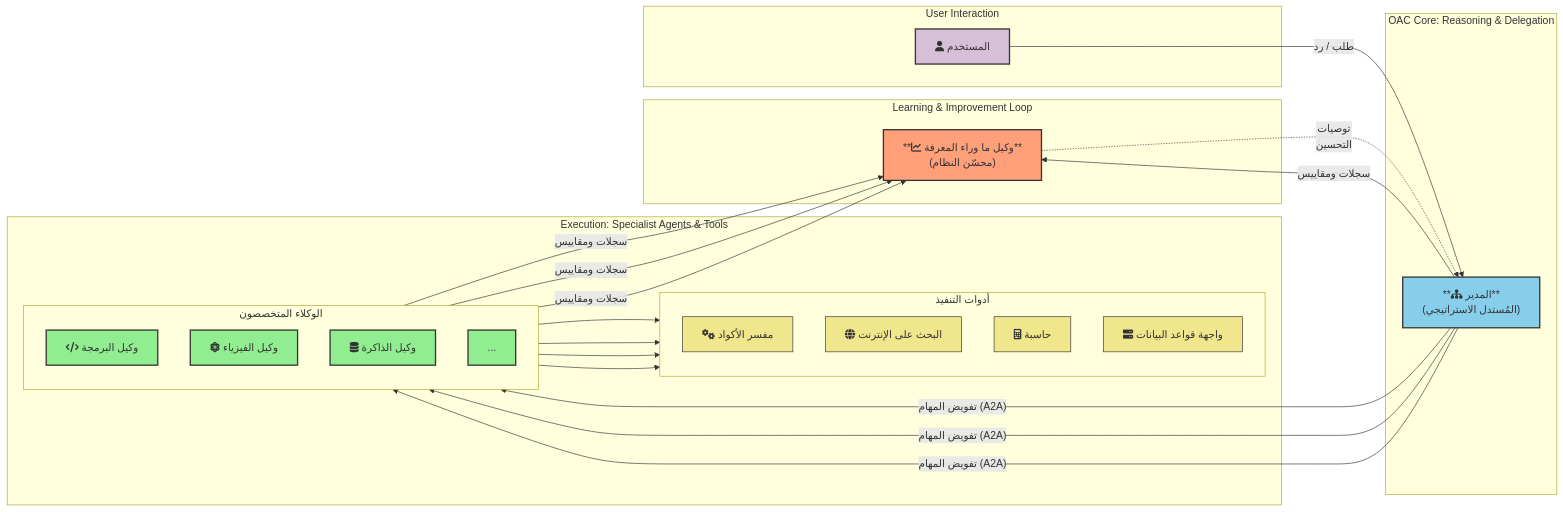
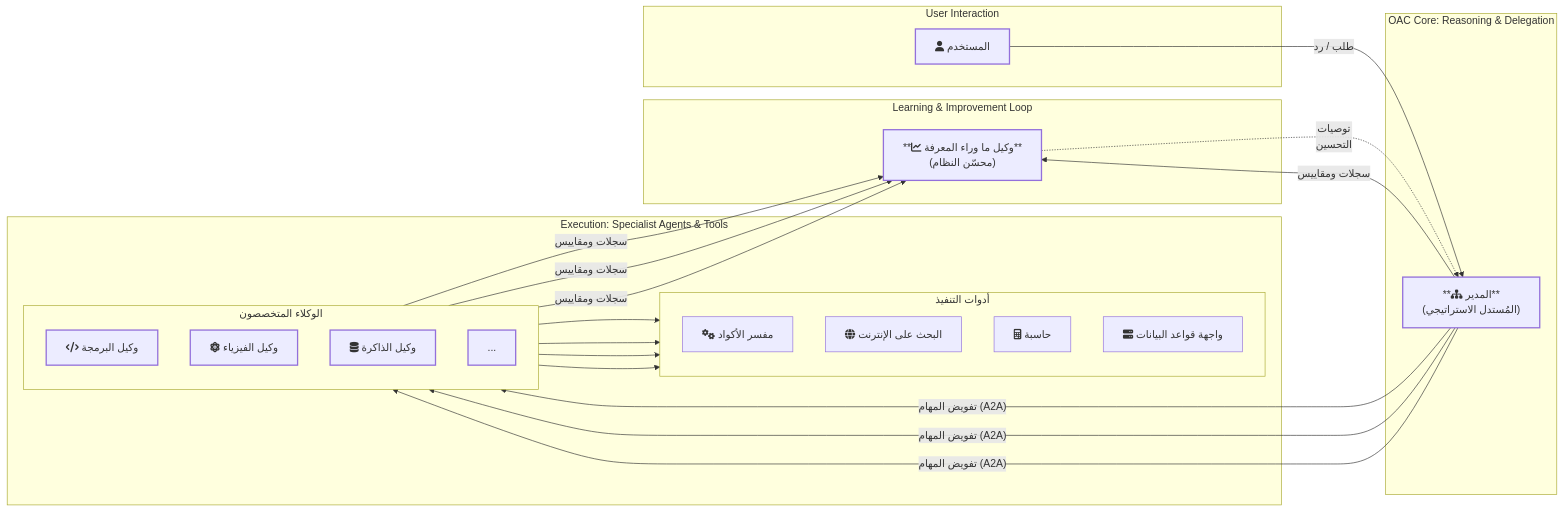
Before and after one commit to halmousama/OAC: the diagram in README-AR.md, drawn with Mermaid. The commit also changed 5 other files, not shown here.

Commit message:
Enhance the diagrams colors.

````diff
--- a/README-AR.md
+++ b/README-AR.md
@@ -15,57 +15,57 @@
 ```mermaid
 graph LR
     subgraph "User Interaction"
         U["fa:fa-user المستخدم"]
     end
 
     subgraph "OAC Core: Reasoning & Delegation"
         M["**fa:fa-sitemap المدير**<br/>(المُستدل الاستراتيجي)"]
     end
 
     subgraph "Execution: Specialist Agents & Tools"
         subgraph "الوكلاء المتخصصون"
             direction TB
             A1["fa:fa-code وكيل البرمجة"]
             A2["fa:fa-atom وكيل الفيزياء"]
             A3["fa:fa-database وكيل الذاكرة"]
             A4["..."]
         end
         subgraph "أدوات التنفيذ"
             direction TB
             T1["fa:fa-cogs مفسر الأكواد"]
             T2["fa:fa-globe البحث على الإنترنت"]
             T3["fa:fa-calculator حاسبة"]
             T4["fa:fa-server واجهة قواعد البيانات"]
         end
     end
 
     subgraph "Learning & Improvement Loop"
         META["**fa:fa-chart-line وكيل ما وراء المعرفة**<br/>(محسّن النظام)"]
     end
 
     U -- "طلب / رد" --> M
     M -- "تفويض المهام (A2A)" --> A1
     M -- "تفويض المهام (A2A)" --> A2
     M -- "تفويض المهام (A2A)" --> A3
 
     A1 --> T1
     A1 --> T2
     A2 --> T3
     A3 --> T4
 
     M -- "سجلات ومقاييس" --> META
     A1 & A2 & A3 -- "سجلات ومقاييس" --> META
     META -.->|"توصيات<br/>التحسين"| M
 
-    classDef manager fill:#87CEEB,stroke:#333,stroke-width:2px;
-    classDef agent fill:#90EE90,stroke:#333,stroke-width:2px;
-    classDef tool fill:#F0E68C,stroke:#333,stroke-width:1px;
-    classDef meta fill:#FFA07A,stroke:#333,stroke-width:2px;
-    classDef user fill:#D8BFD8,stroke:#333,stroke-width:2px;
+    classDef manager stroke-width:2px;
+    classDef agent stroke-width:2px;
+    classDef tool stroke-width:1px;
+    classDef meta stroke-width:2px;
+    classDef user stroke-width:2px;
 
     class U user;
     class M manager;
     class A1,A2,A3,A4 agent;
     class T1,T2,T3,T4 tool;
     class META meta;
 ```
````
